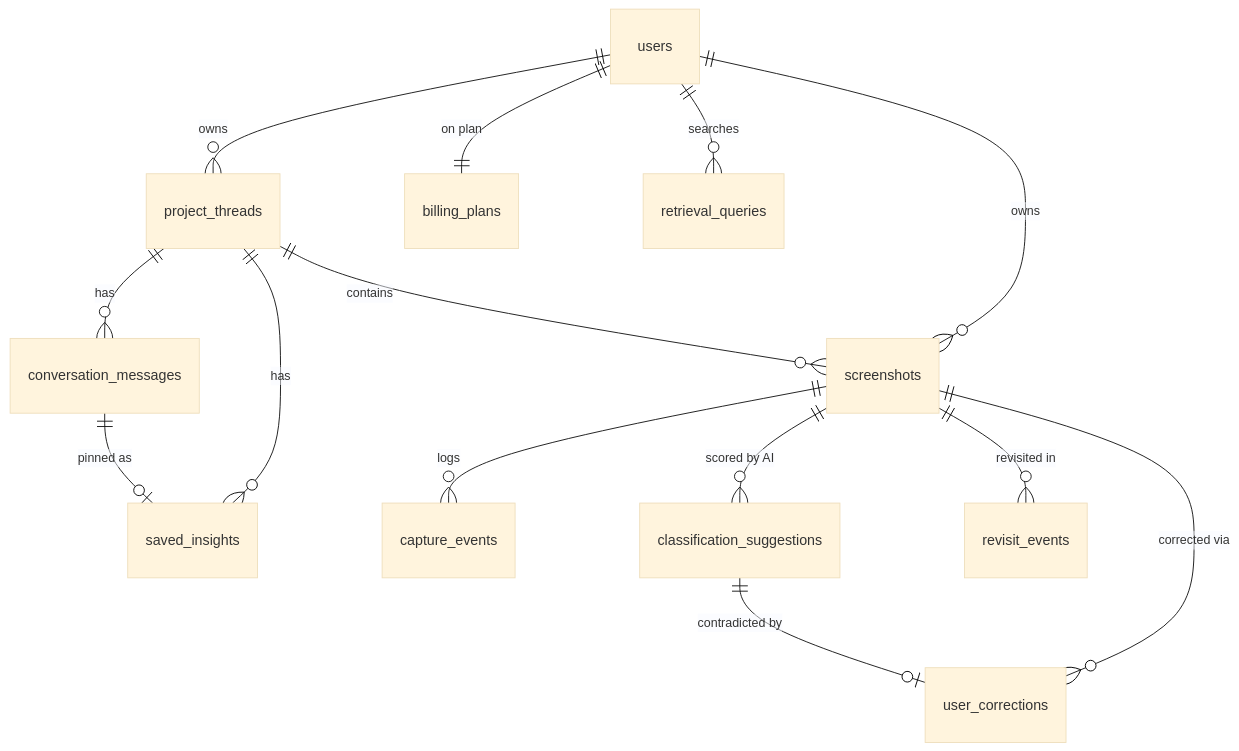
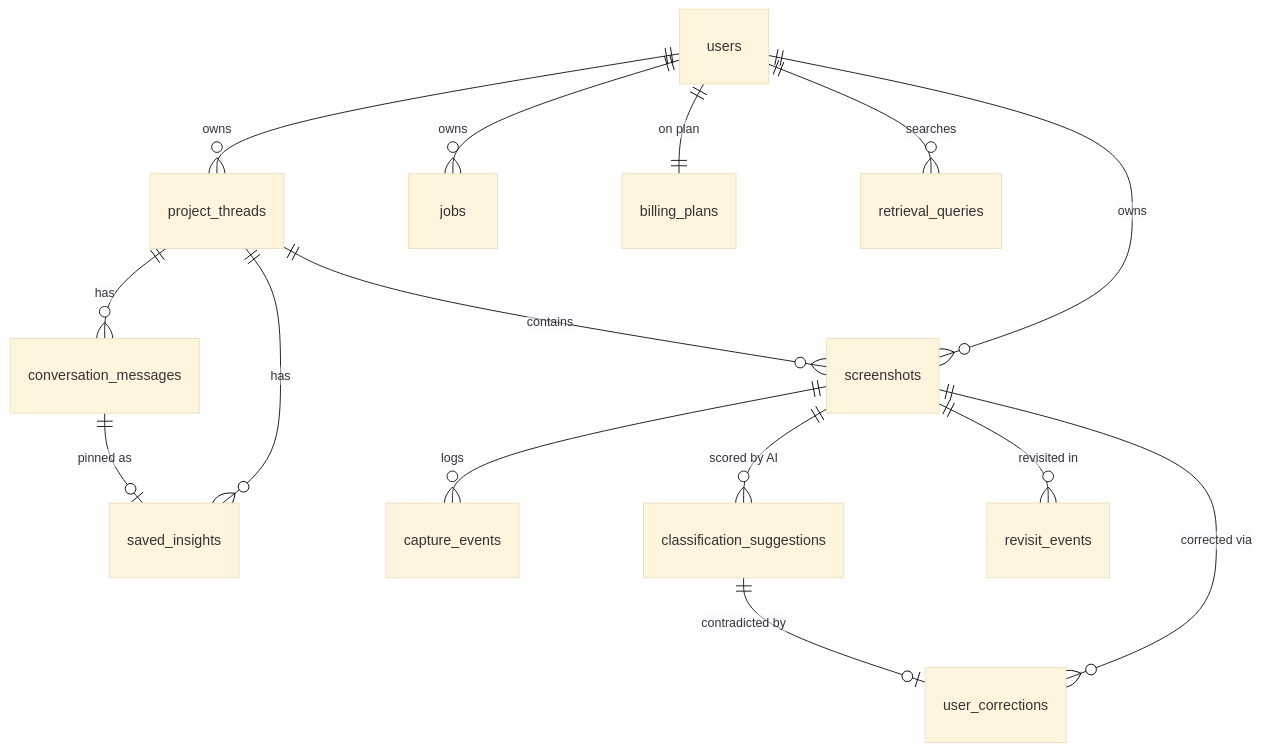
Before and after one commit to ekcheungAI/capso: the diagram in 10_DATA_MODEL.md, drawn with Mermaid (base theme). The commit also changed other lines of this file and 22 other files, not shown here.

````diff
--- a/10_DATA_MODEL.md
+++ b/10_DATA_MODEL.md
@@ -193,16 +225,17 @@
 ```mermaid
 erDiagram
     users ||--o{ project_threads : owns
     users ||--o{ screenshots : owns
+    users ||--o{ jobs : owns
     users ||--|| billing_plans : "on plan"
     project_threads ||--o{ screenshots : contains
     project_threads ||--o{ conversation_messages : has
     project_threads ||--o{ saved_insights : has
     screenshots ||--o{ capture_events : logs
     screenshots ||--o{ classification_suggestions : "scored by AI"
     screenshots ||--o{ user_corrections : "corrected via"
     screenshots ||--o{ revisit_events : "revisited in"
     classification_suggestions ||--o| user_corrections : "contradicted by"
     conversation_messages ||--o| saved_insights : "pinned as"
     users ||--o{ retrieval_queries : searches
 ```
````
